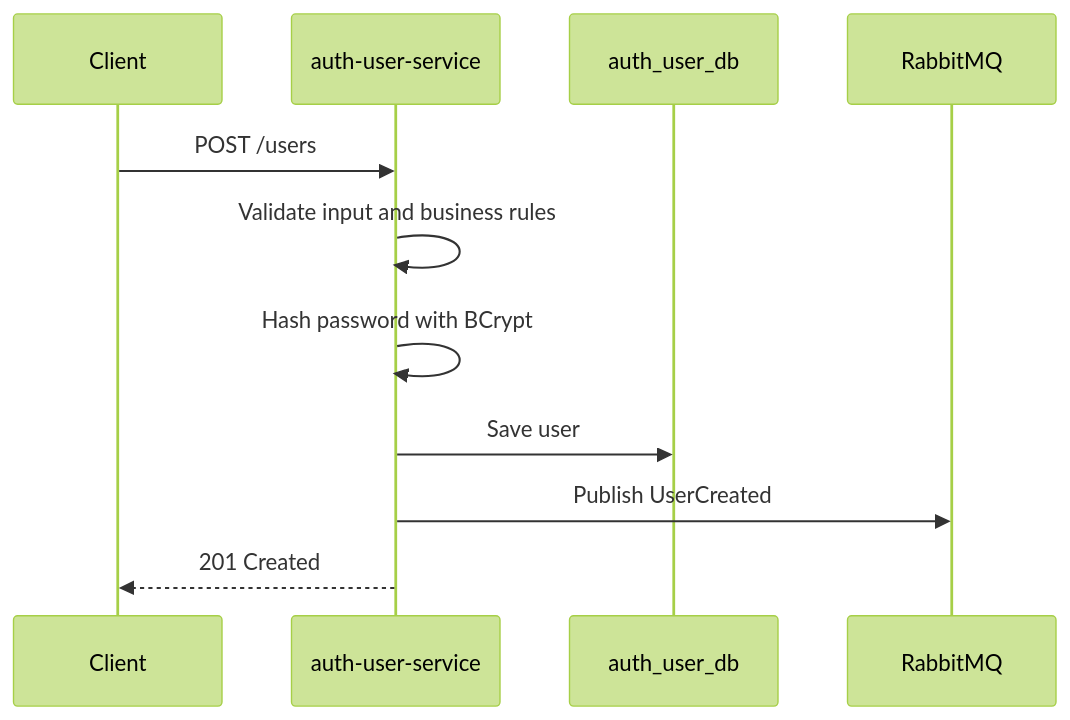
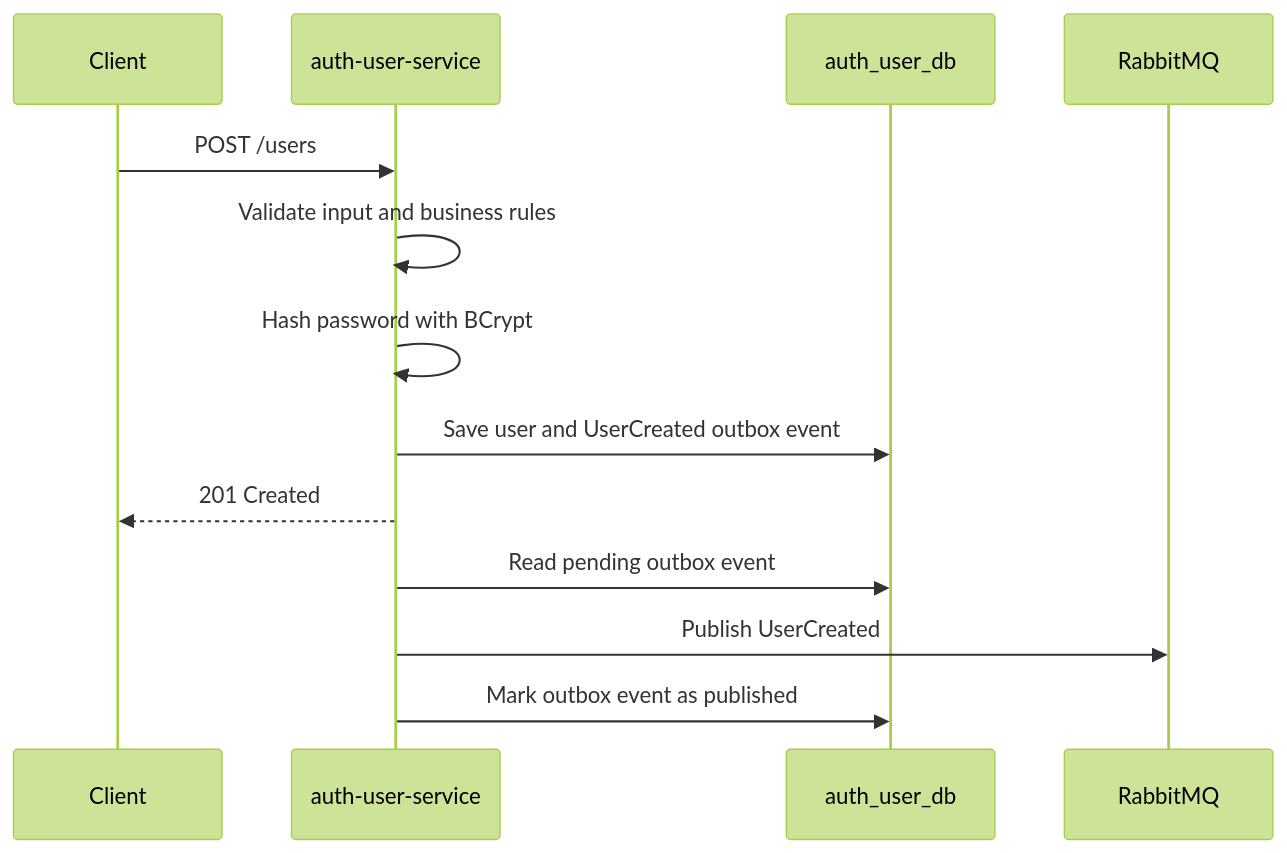
One commit to YuriRomao1/ead_plataform changed the diagram in docs/hlds/hld-001-auth-user-service.md. Above: the diagram before and after it, drawn with Mermaid (forest theme). The commit also changed other lines of this file and 21 other files, not shown here.

Commit message:
feat: align outbox schema with relay

````diff
--- a/docs/hlds/hld-001-auth-user-service.md
+++ b/docs/hlds/hld-001-auth-user-service.md
@@ -138,14 +141,16 @@
 ```mermaid
 sequenceDiagram
     participant Client as Client
     participant Auth as auth-user-service
     participant Db as auth_user_db
     participant Broker as RabbitMQ
 
     Client->>Auth: POST /users
     Auth->>Auth: Validate input and business rules
     Auth->>Auth: Hash password with BCrypt
-    Auth->>Db: Save user
+    Auth->>Db: Save user and UserCreated outbox event
+    Auth-->>Client: 201 Created
+    Auth->>Db: Read pending outbox event
     Auth->>Broker: Publish UserCreated
-    Auth-->>Client: 201 Created
+    Auth->>Db: Mark outbox event as published
 ```
````
